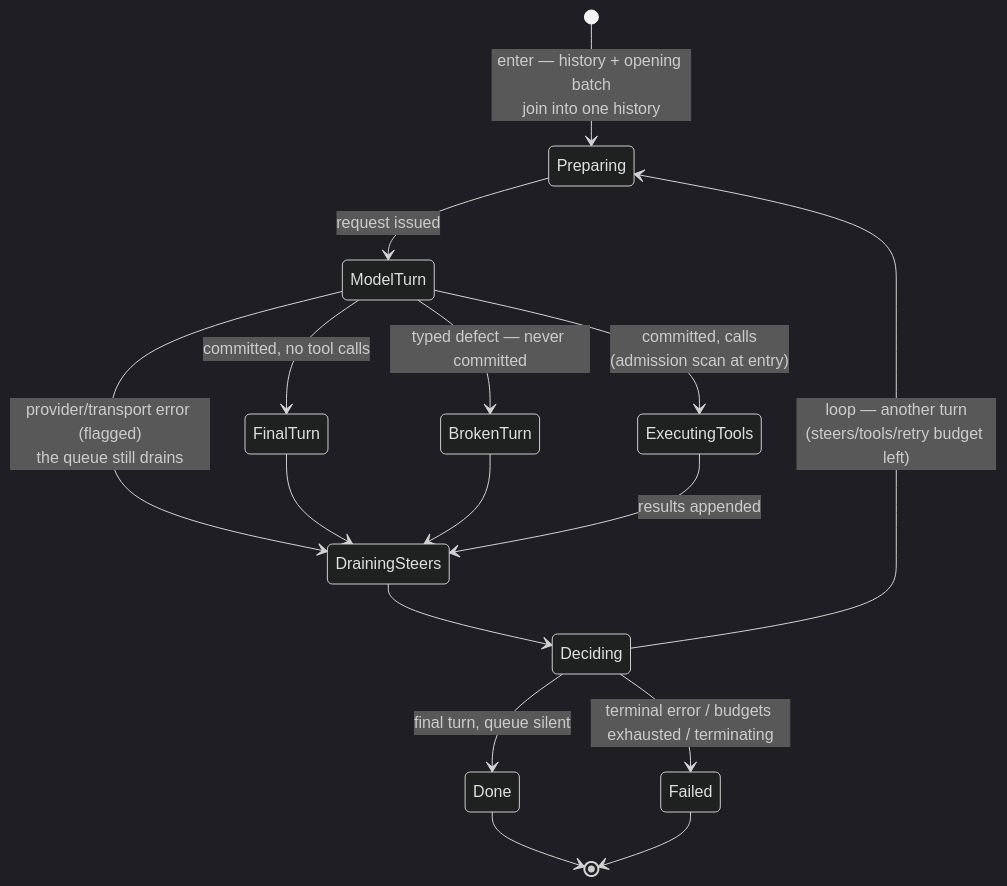
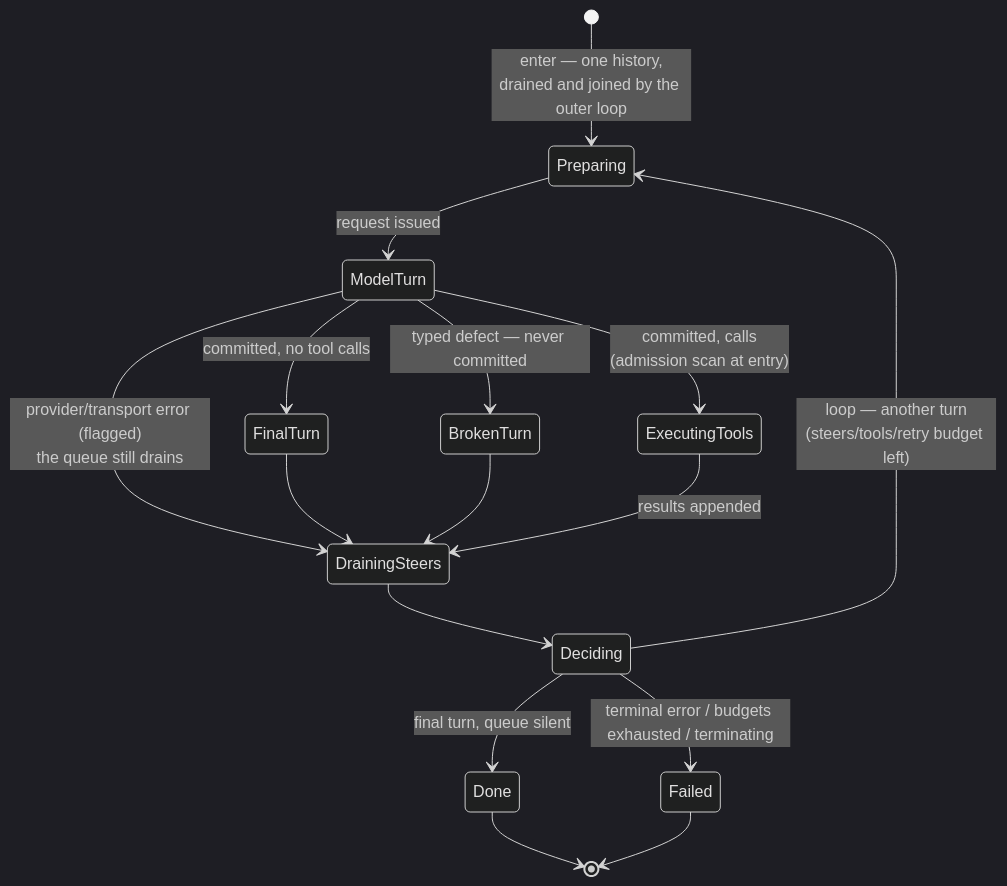
The second of 2 diagrams in ENGINE.md (JerryAZR/tabit), drawn with Mermaid (dark theme) before and after one commit. The commit also changed other lines of this file, not shown here.

First line of the commit message:
ENGINE.md: the outer loop gains an explicit Draining step

````diff
--- a/ENGINE.md
+++ b/ENGINE.md
@@ -68,18 +76,18 @@
 ```mermaid
 stateDiagram-v2
-    [*] --> Preparing : enter — history + opening batch<br/>join into one history
+    [*] --> Preparing : enter — one history,<br/>drained and joined by the outer loop
     Preparing --> ModelTurn : request issued
     ModelTurn --> FinalTurn : committed, no tool calls
     ModelTurn --> BrokenTurn : typed defect — never committed
     ModelTurn --> ExecutingTools : committed, calls<br/>(admission scan at entry)
     ModelTurn --> DrainingSteers : provider/transport error (flagged)<br/>the queue still drains
     FinalTurn --> DrainingSteers
     BrokenTurn --> DrainingSteers
     ExecutingTools --> DrainingSteers : results appended
     DrainingSteers --> Deciding
     Deciding --> Preparing : loop — another turn<br/>(steers/tools/retry budget left)
     Deciding --> Done : final turn, queue silent
     Deciding --> Failed : terminal error / budgets exhausted / terminating
     Done --> [*]
     Failed --> [*]
 ```
````
